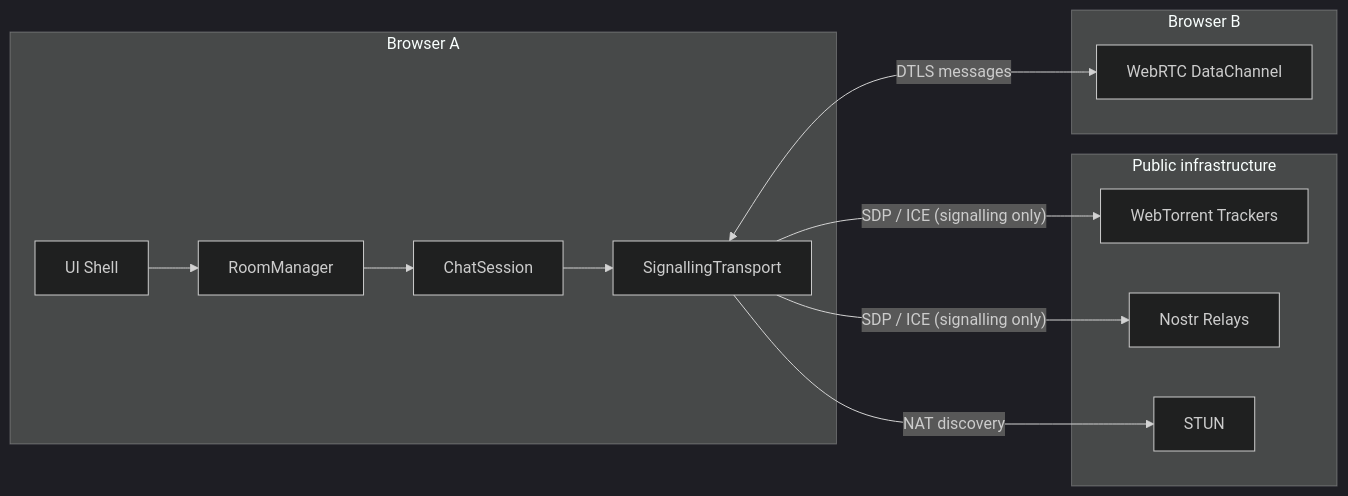
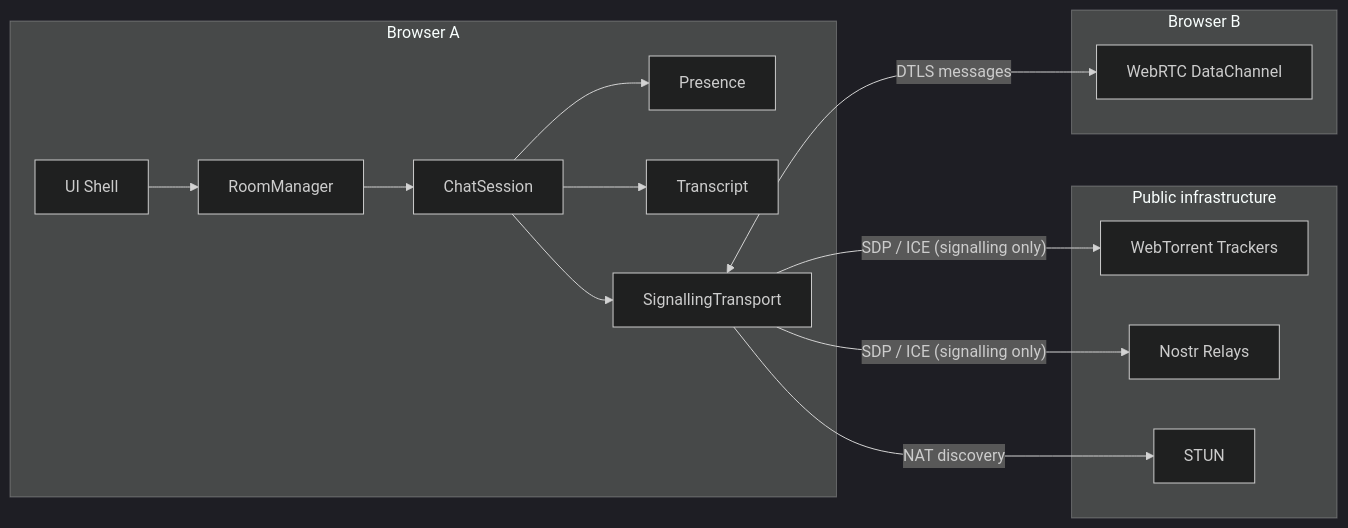
One commit to Andyccr/ZenChat changed the diagram in README.md. Above: the diagram before and after it, drawn with Mermaid (dark theme). The commit also changed other lines of this file and 22 other files, not shown here.

First line of the commit message:
Stabilize core architecture with injectable session layers (#6)

````diff
--- a/README.md
+++ b/README.md
@@ -13,25 +13,31 @@
 ```mermaid
 flowchart LR
   subgraph UA["Browser A"]
     UI[UI Shell]
     RM[RoomManager]
     CS[ChatSession]
+    P[Presence]
+    L[Transcript]
     TR[SignallingTransport]
   end
 
   subgraph Pub["Public infrastructure"]
     WT[WebTorrent Trackers]
     NS[Nostr Relays]
     STUN[STUN]
   end
 
   subgraph UB["Browser B"]
     DC[WebRTC DataChannel]
   end
 
-  UI --> RM --> CS --> TR
+  UI --> RM --> CS
+  CS --> P[Presence]
+  CS --> L[Transcript]
+  CS --> TR
+
   TR -->|"SDP / ICE (signalling only)"| WT
   TR -->|"SDP / ICE (signalling only)"| NS
   TR -->|"NAT discovery"| STUN
   TR <-->|"DTLS messages"| DC
 ```
````
